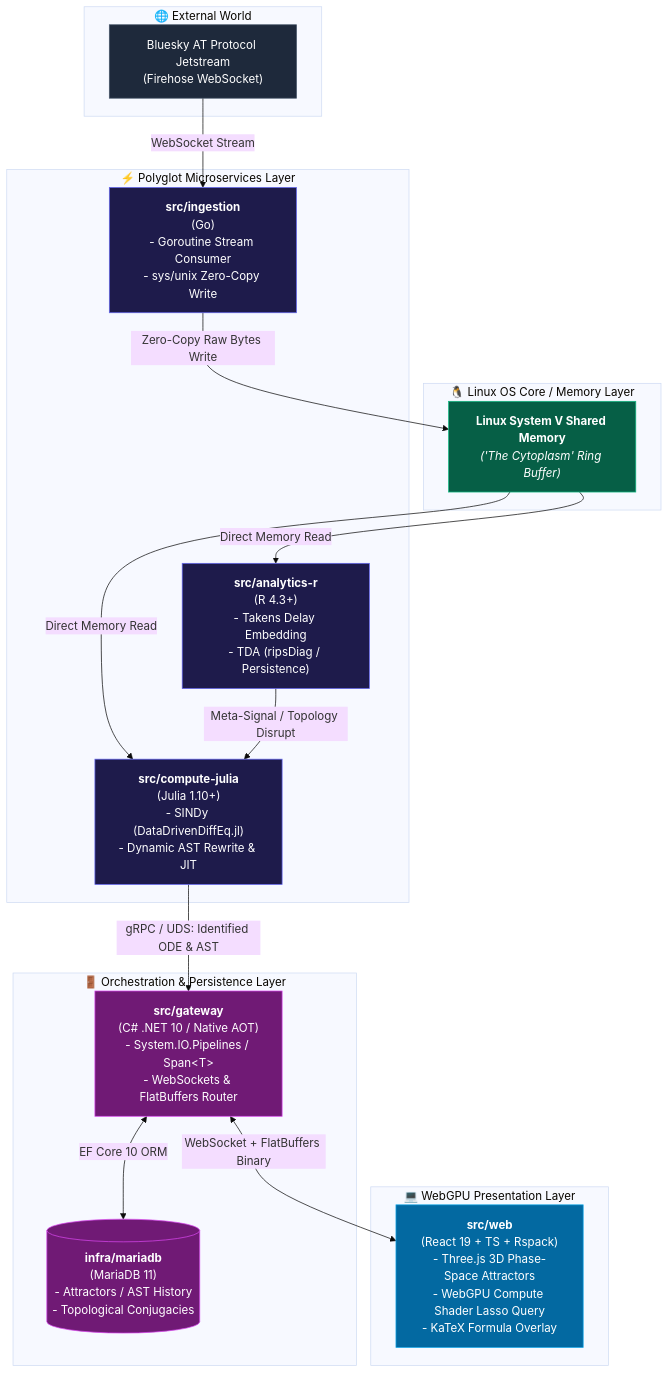
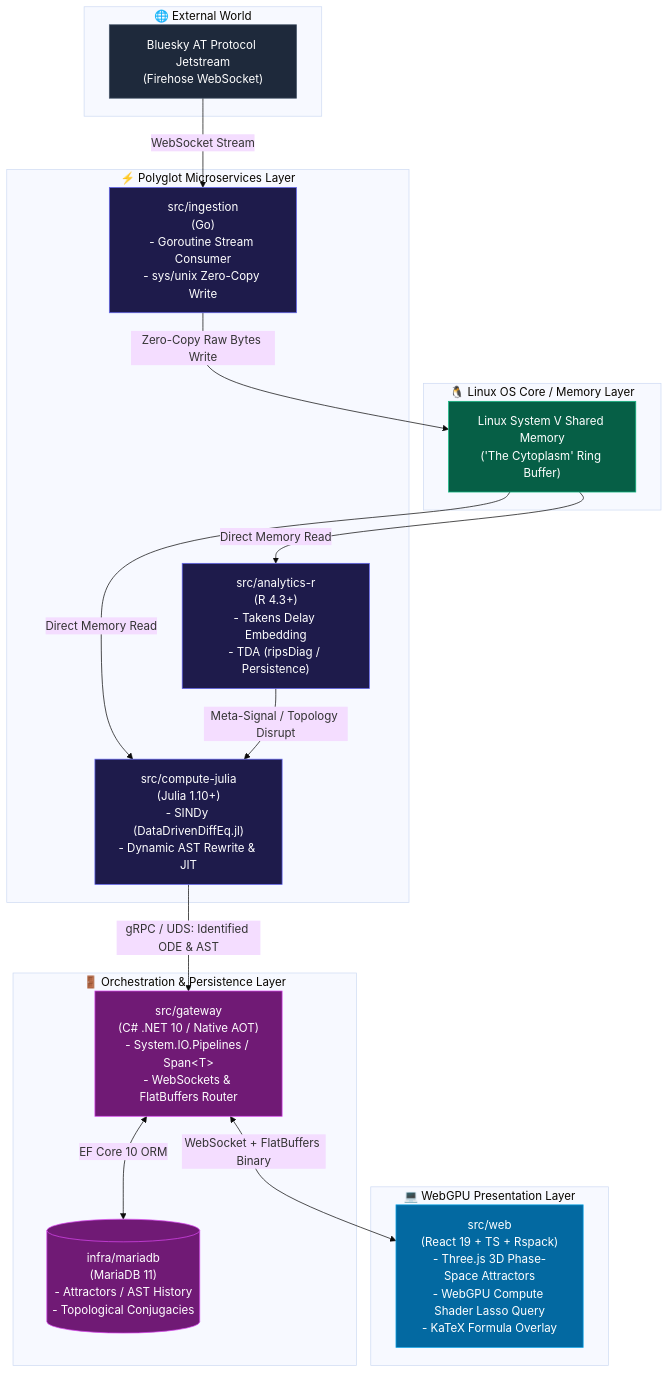
One commit to TakaoTachibana/apeiron changed the first of 4 diagrams in docs/ARCHITECTURE.md. Above: the diagram before and after it, drawn with Mermaid (base theme). The commit also changed other lines of this file, not shown here.

Commit message:
fix: sanitaize mermaid labels and remove HTML tags for clean GitHub renderring

````diff
--- a/docs/ARCHITECTURE.md
+++ b/docs/ARCHITECTURE.md
@@ -7,50 +7,50 @@
 ```mermaid
 graph TB
     subgraph External ["🌐 External World"]
         BS["Bluesky AT Protocol Jetstream<br/>(Firehose WebSocket)"]
     end
 
     subgraph Kernel ["🐧 Linux OS Core / Memory Layer"]
-        SHM["<b>Linux System V Shared Memory</b><br/><i>('The Cytoplasm' Ring Buffer)</i>"]
+        SHM["Linux System V Shared Memory<br/>('The Cytoplasm' Ring Buffer)"]
     end
 
     subgraph Microservices ["⚡ Polyglot Microservices Layer"]
-        ING["<b>src/ingestion</b><br/>(Go)<br/>- Goroutine Stream Consumer<br/>- sys/unix Zero-Copy Write"]
-        R_WRK["<b>src/analytics-r</b><br/>(R 4.3+)<br/>- Takens Delay Embedding<br/>- TDA (ripsDiag / Persistence)"]
-        JUL_WRK["<b>src/compute-julia</b><br/>(Julia 1.10+)<br/>- SINDy (DataDrivenDiffEq.jl)<br/>- Dynamic AST Rewrite & JIT"]
+        ING["src/ingestion<br/>(Go)<br/>- Goroutine Stream Consumer<br/>- sys/unix Zero-Copy Write"]
+        R_WRK["src/analytics-r<br/>(R 4.3+)<br/>- Takens Delay Embedding<br/>- TDA (ripsDiag / Persistence)"]
+        JUL_WRK["src/compute-julia<br/>(Julia 1.10+)<br/>- SINDy (DataDrivenDiffEq.jl)<br/>- Dynamic AST Rewrite & JIT"]
     end
 
     subgraph Gateway ["🚪 Orchestration & Persistence Layer"]
-        CS_GW["<b>src/gateway</b><br/>(C# .NET 10 / Native AOT)<br/>- System.IO.Pipelines / Span&lt;T&gt;<br/>- WebSockets & FlatBuffers Router"]
-        MDB[("<b>infra/mariadb</b><br/>(MariaDB 11)<br/>- Attractors / AST History<br/>- Topological Conjugacies")]
+        CS_GW["src/gateway<br/>(C# .NET 10 / Native AOT)<br/>- System.IO.Pipelines / Span&lt;T&gt;<br/>- WebSockets & FlatBuffers Router"]
+        MDB[("infra/mariadb<br/>(MariaDB 11)<br/>- Attractors / AST History<br/>- Topological Conjugacies")]
     end
 
     subgraph Client ["💻 WebGPU Presentation Layer"]
-        FE["<b>src/web</b><br/>(React 19 + TS + Rspack)<br/>- Three.js 3D Phase-Space Attractors<br/>- WebGPU Compute Shader Lasso Query<br/>- KaTeX Formula Overlay"]
+        FE["src/web<br/>(React 19 + TS + Rspack)<br/>- Three.js 3D Phase-Space Attractors<br/>- WebGPU Compute Shader Lasso Query<br/>- KaTeX Formula Overlay"]
     end
 
     %% Flow Connections
     BS -->|WebSocket Stream| ING
     ING -->|Zero-Copy Raw Bytes Write| SHM
     SHM -->|Direct Memory Read| R_WRK
     SHM -->|Direct Memory Read| JUL_WRK
     
     R_WRK -->|Meta-Signal / Topology Disrupt| JUL_WRK
     JUL_WRK -->|gRPC / UDS: Identified ODE & AST| CS_GW
     
     CS_GW <-->|EF Core 10 ORM| MDB
     CS_GW <-->|WebSocket + FlatBuffers Binary| FE
 
     %% Styling
     classDef external fill:#1e293b,stroke:#475569,color:#fff;
     classDef shm fill:#065f46,stroke:#10b981,color:#fff;
     classDef worker fill:#1e1b4b,stroke:#6366f1,color:#fff;
     classDef gateway fill:#701a75,stroke:#d946ef,color:#fff;
     classDef client fill:#0369a1,stroke:#0ea5e9,color:#fff;
 
     class BS external;
     class SHM shm;
     class ING,R_WRK,JUL_WRK worker;
     class CS_GW,MDB gateway;
     class FE client;
 ```
````
